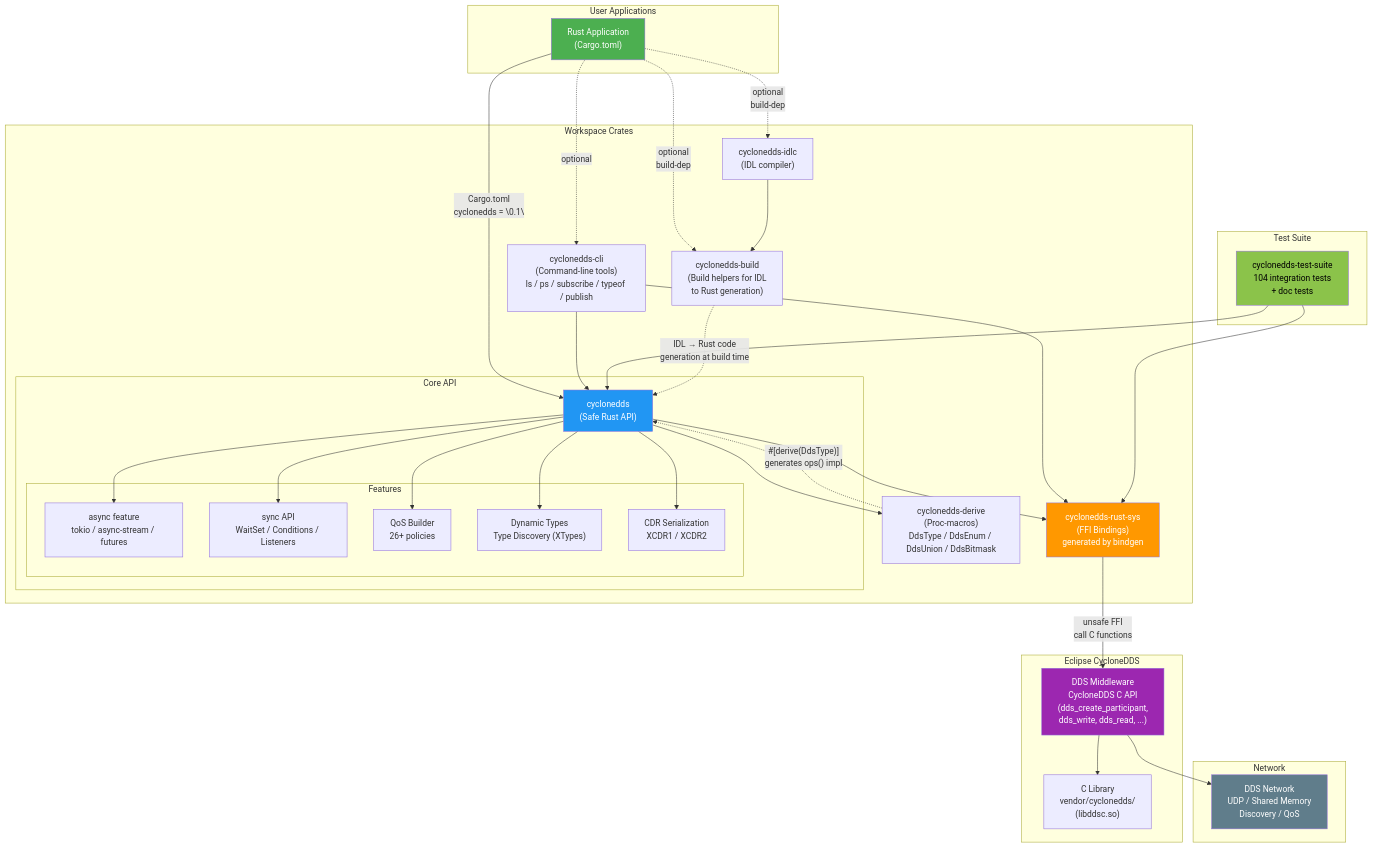
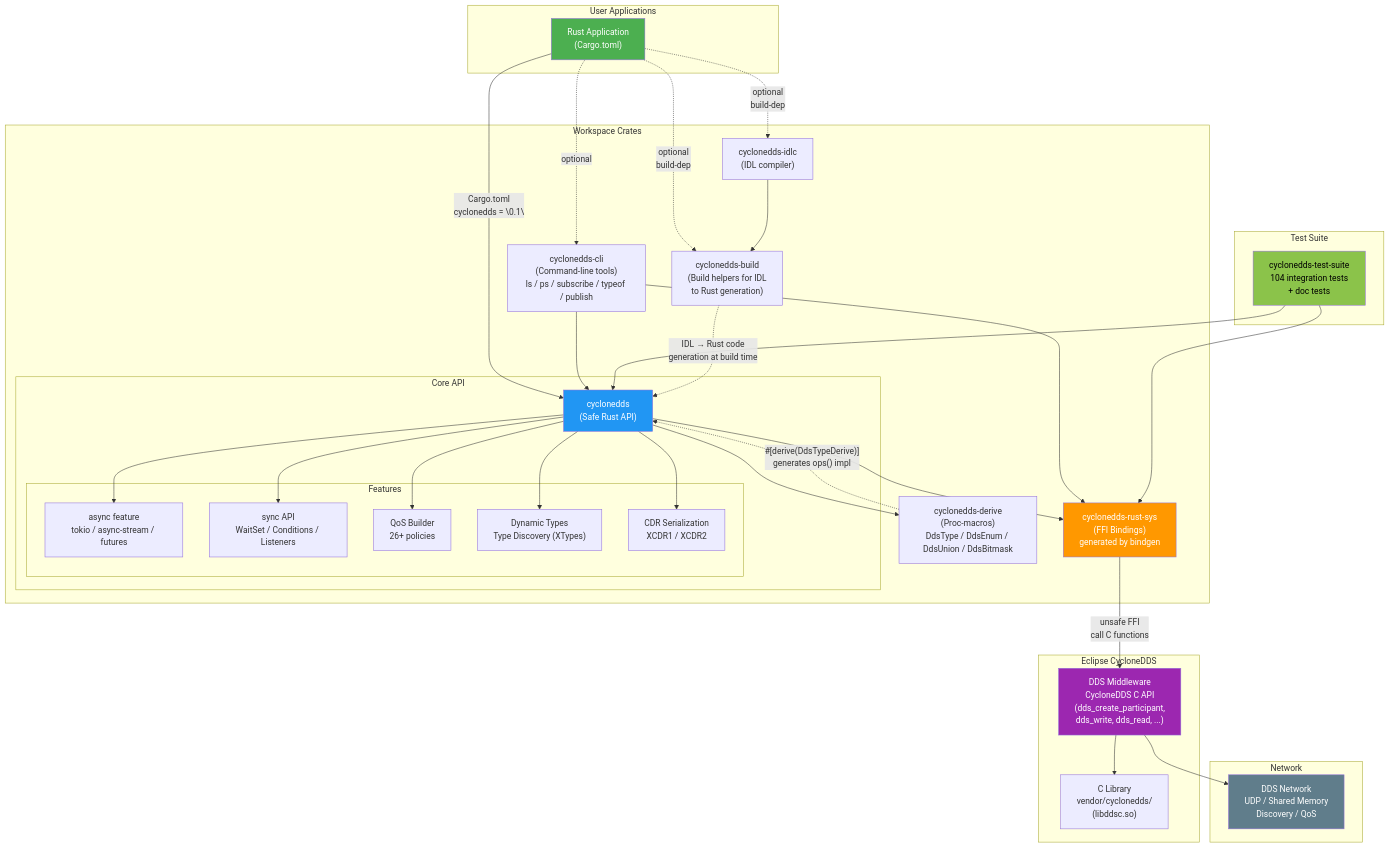
The first of 3 diagrams in docs/architecture.md (mzet97/cyclonedds-rust), drawn with Mermaid before and after one commit. The commit also changed other lines of this file and 26 other files, not shown here.

```diff
--- a/docs/architecture.md
+++ b/docs/architecture.md
@@ -74,7 +74,7 @@
     TEST --> SYS
 
     %% Derive macro usage
-    DERIVE -.->|"#[derive(DdsType)]\ngenerates ops() impl"| CYCLONE
+    DERIVE -.->|"#[derive(DdsTypeDerive)]\ngenerates ops() impl"| CYCLONE
 
     %% Build tools
     BUILD -.->|"IDL → Rust code\ngeneration at build time"| CYCLONE
```
